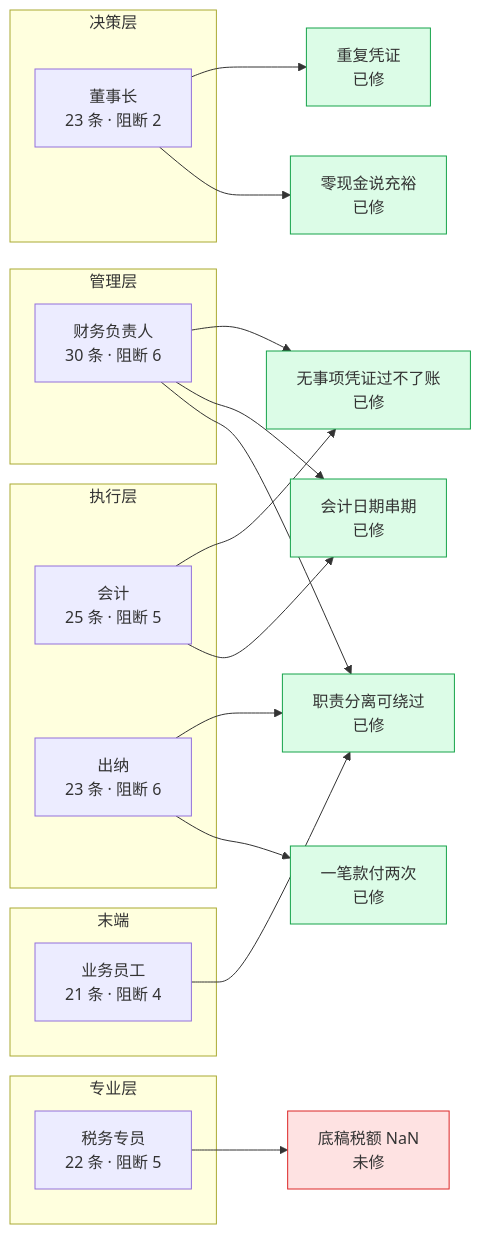
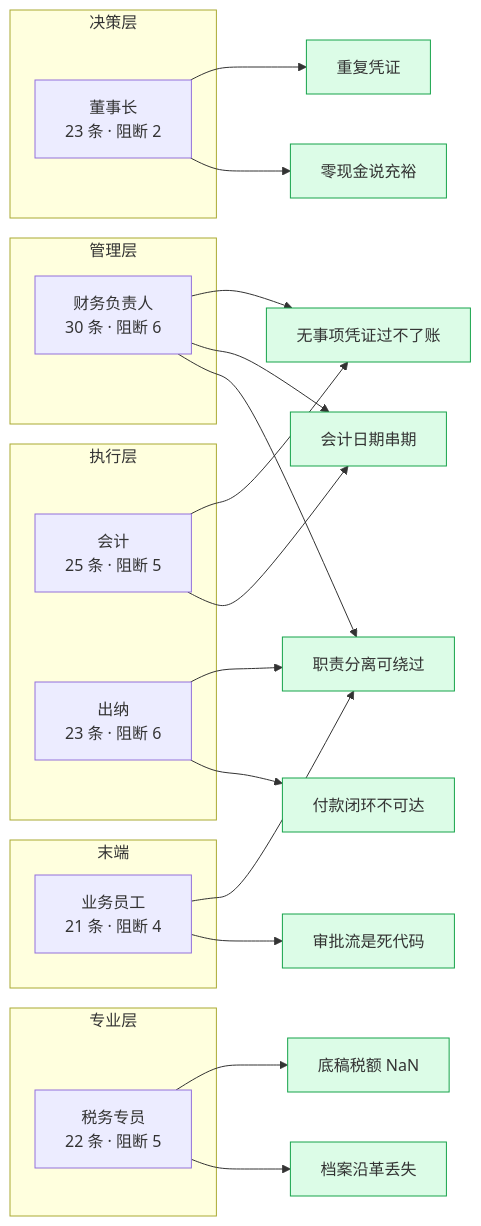
Before and after one commit to lsgoodlionel/finance-taxation: the second of 2 diagrams in docs/v16-role-simulation/MINDMAP.md, drawn with Mermaid. The commit also changed other lines of this file and 5 other files, not shown here.

````diff
--- a/docs/v16-role-simulation/MINDMAP.md
+++ b/docs/v16-role-simulation/MINDMAP.md
@@ -93,39 +118,43 @@
 ```mermaid
 graph LR
     subgraph 决策层
         CHR["董事长<br/>23 条 · 阻断 2"]
     end
     subgraph 管理层
         FD["财务负责人<br/>30 条 · 阻断 6"]
     end
     subgraph 执行层
         ACC["会计<br/>25 条 · 阻断 5"]
         CSH["出纳<br/>23 条 · 阻断 6"]
     end
     subgraph 专业层
         TAX["税务专员<br/>22 条 · 阻断 5"]
     end
     subgraph 末端
         EMP["业务员工<br/>21 条 · 阻断 4"]
     end
 
-    CHR --> DUP["重复凭证<br/>已修"]
-    FD --> NOEVT["无事项凭证过不了账<br/>已修"]
+    CHR --> DUP["重复凭证"]
+    FD --> NOEVT["无事项凭证过不了账"]
     ACC --> NOEVT
-    FD --> DATE["会计日期串期<br/>已修"]
+    FD --> DATE["会计日期串期"]
     ACC --> DATE
-    FD --> SOD["职责分离可绕过<br/>已修"]
+    FD --> SOD["职责分离可绕过"]
     EMP --> SOD
     CSH --> SOD
-    CSH --> PAY["一笔款付两次<br/>已修"]
-    TAX --> NAN["底稿税额 NaN<br/>未修"]
-    CHR --> CASH["零现金说充裕<br/>已修"]
+    CSH --> PAY["付款闭环不可达"]
+    TAX --> NAN["底稿税额 NaN"]
+    TAX --> PROF["档案沿革丢失"]
+    CHR --> CASH["零现金说充裕"]
+    EMP --> FLOW["审批流是死代码"]
 
     style DUP fill:#dcfce7,stroke:#16a34a
     style NOEVT fill:#dcfce7,stroke:#16a34a
     style DATE fill:#dcfce7,stroke:#16a34a
     style SOD fill:#dcfce7,stroke:#16a34a
     style PAY fill:#dcfce7,stroke:#16a34a
     style CASH fill:#dcfce7,stroke:#16a34a
-    style NAN fill:#fee2e2,stroke:#dc2626
+    style NAN fill:#dcfce7,stroke:#16a34a
+    style PROF fill:#dcfce7,stroke:#16a34a
+    style FLOW fill:#dcfce7,stroke:#16a34a
 ```
````
